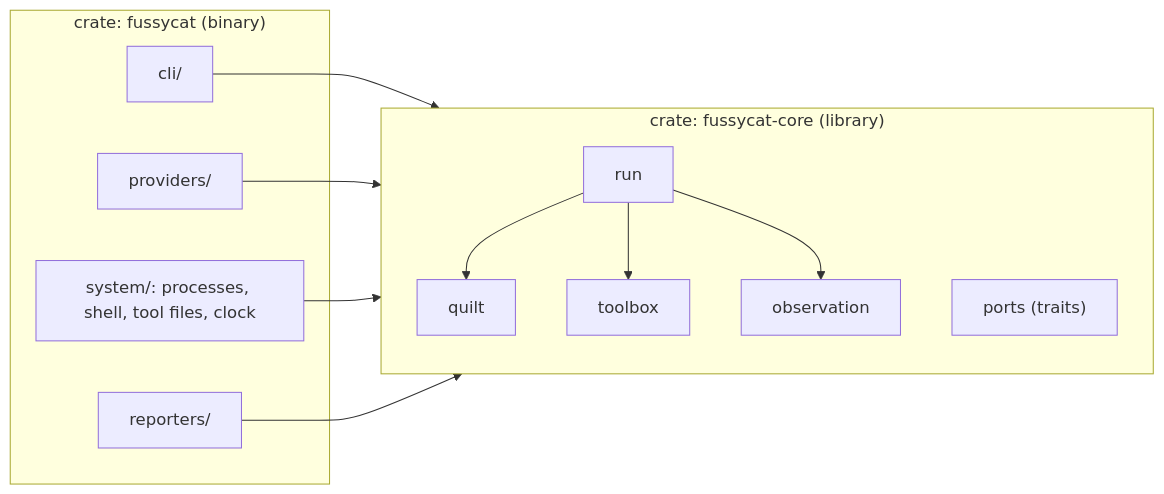
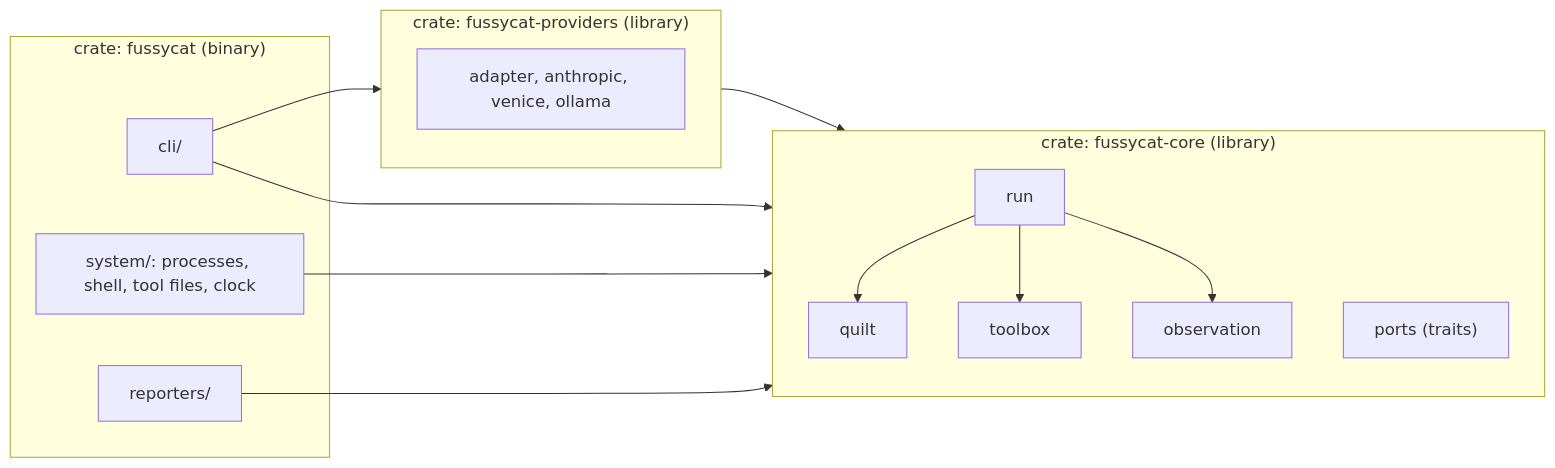
Before and after one commit to reccles/fussycat: the diagram in context/architecture.eval.md, drawn with Mermaid. The commit also changed other lines of this file and 27 other files, not shown here.

First line of the commit message:
Move the provider adapters into their own crate: fussycat-providers (#5)

````diff
--- a/context/architecture.eval.md
+++ b/context/architecture.eval.md
@@ -16,14 +16,17 @@
 ```mermaid
 flowchart LR
     subgraph bin["crate: fussycat (binary)"]
         cli["cli/"]
-        prov["providers/"]
         sys["system/: processes, shell, tool files, clock"]
         rep["reporters/"]
+    end
+    subgraph prov["crate: fussycat-providers (library)"]
+        adapters["adapter, anthropic, venice, ollama"]
     end
     subgraph core["crate: fussycat-core (library)"]
         run["run"] --> quilt["quilt"] & tools["toolbox"] & obs["observation"]
         ports["ports (traits)"]
     end
-    cli & prov & sys & rep --> core
+    cli --> prov
+    cli & sys & rep & prov --> core
 ```
````
